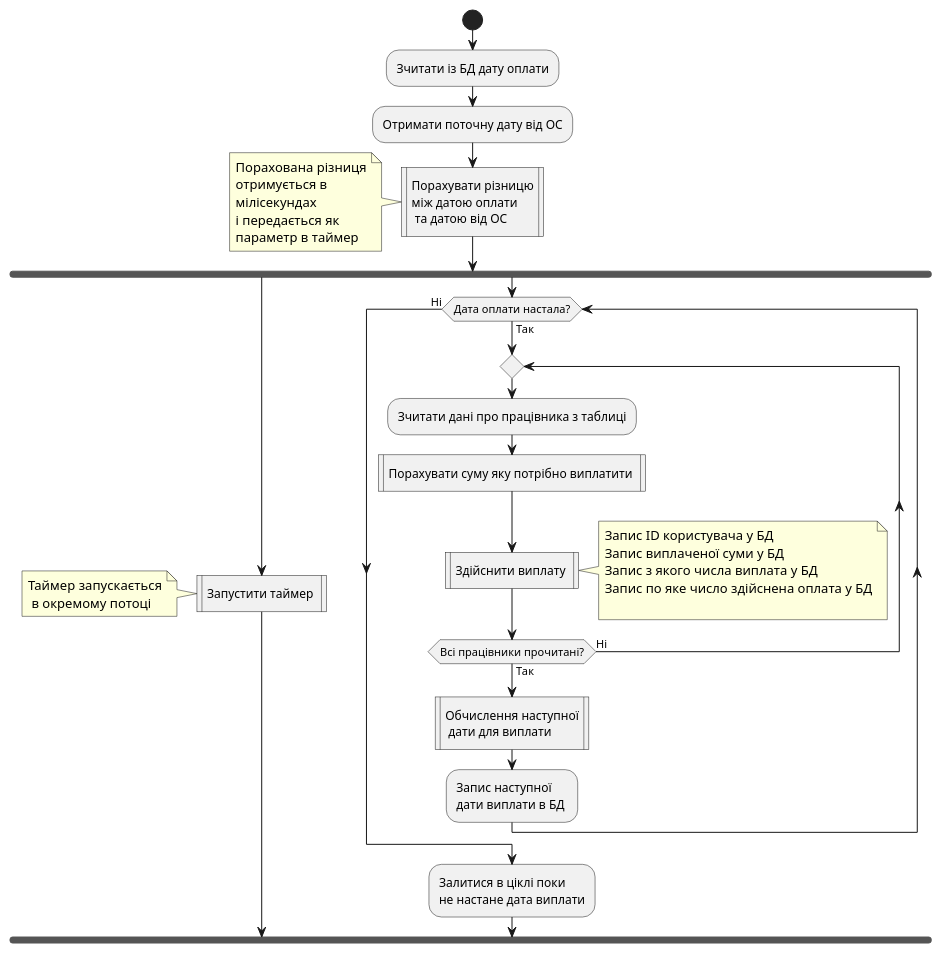
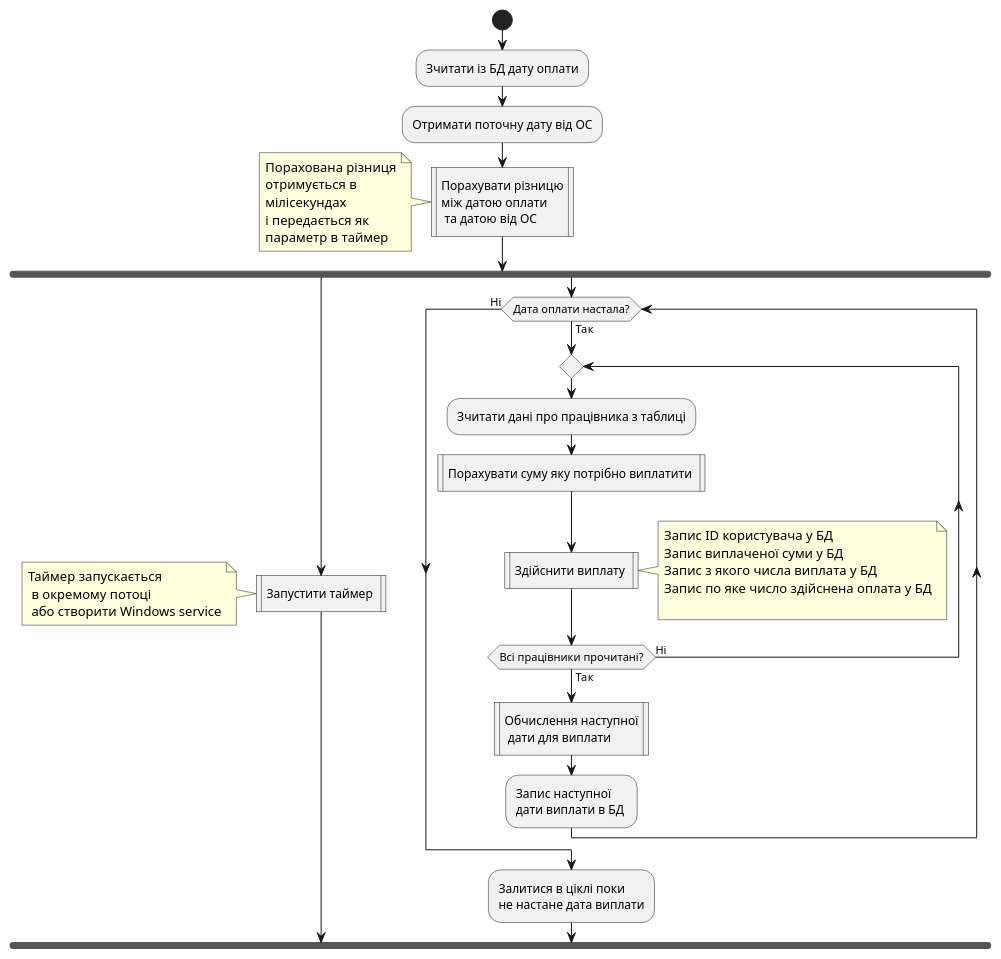
The diagram in Labs/Lab#1/Project/UML/ServerSide/payment_auto.puml (kzlk/PayrollEmployeeSystem), drawn with PlantUML before and after one commit. The commit also changed 112 other files, not shown here.

```diff
--- a/Labs/Lab#1/Project/UML/ServerSide/payment_auto.puml
+++ b/Labs/Lab#1/Project/UML/ServerSide/payment_auto.puml
@@ -1,30 +1,30 @@
 @startuml add_payment_date
 start 
     :Зчитати із БД дату оплати;
 
     :Отримати поточну дату від ОС;
     :Порахувати різницю\nміж датою оплати\n та датою від ОС| 
 note left: Порахована різниця\nотримується в\nмілісекундах\nі передається як\nпараметр в таймер
 fork
 :Запустити таймер |
-note left: Таймер запускається\n в окремому потоці
+note left: Таймер запускається\n в окремому потоці\n або створити Windows service 
 label 10
 
 fork again
 while (Дата оплати настала?) is (Так)
 
 repeat 
 :Зчитати дані про працівника з таблиці;
 :Порахувати суму яку потрібно виплатити |
 :Здійснити виплату |
 note right: Запис ID користувача у БД\nЗапис виплаченої суми у БД\nЗапис з якого числа виплата у БД\nЗапис по яке число здійснена оплата у БД\n
 
 
 repeat while(Всі працівники прочитані?) is (Ні) not (Так)
 :Обчислення наступної\n дати для виплати|
 :Запис наступної \nдати виплати в БД ;
 endwhile (Ні)
 :Залитися в ціклі поки \nне настане дата виплати;
 end fork
 
 @enduml
```
